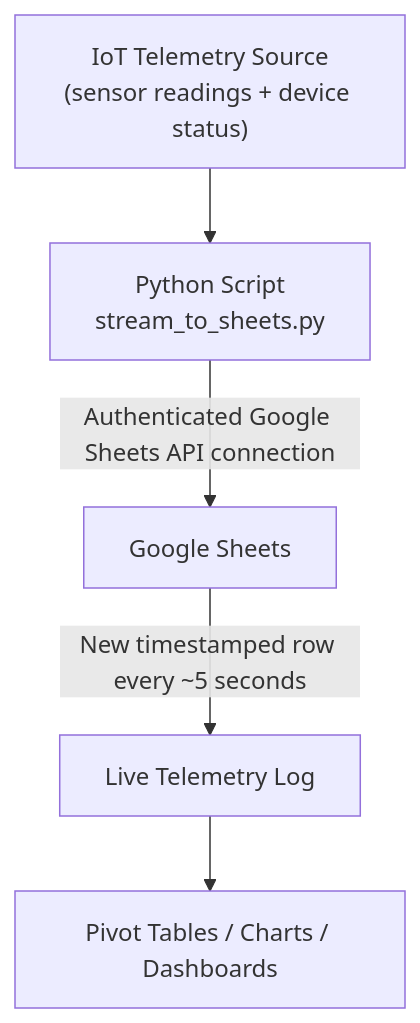
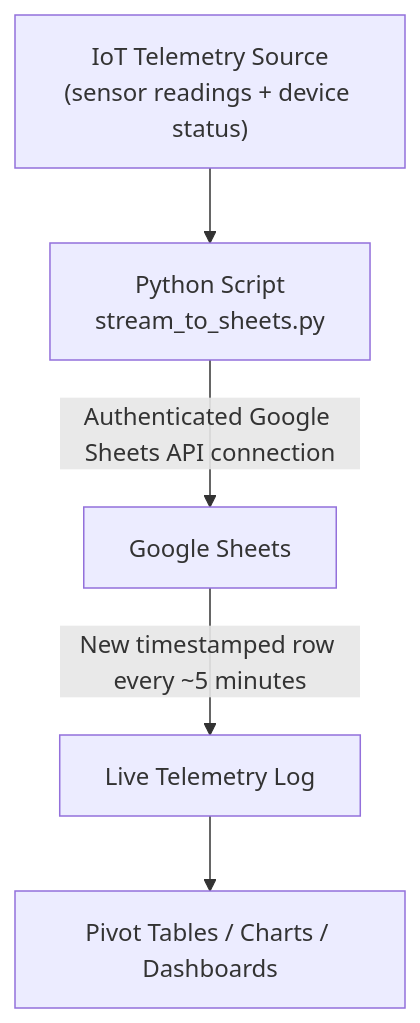
One commit to TatendaChuru/iot-google-sheets-streaming changed the diagram in README.md. Above: the diagram before and after it, drawn with Mermaid.

Commit message:
Change telemetry log update frequency to every 5 minutes
Updated the frequency of new timestamped rows in the telemetry log from approximately every 5 seconds to every 5 minutes.

````diff
--- a/README.md
+++ b/README.md
@@ -29,7 +29,7 @@
 ```mermaid
 flowchart TD
     A["IoT Telemetry Source<br/>(sensor readings + device status)"] --> B["Python Script<br/>stream_to_sheets.py"]
     B -->|"Authenticated Google Sheets API connection"| C["Google Sheets"]
-    C -->|"New timestamped row every ~5 seconds"| D["Live Telemetry Log"]
+    C -->|"New timestamped row every ~5 minutes"| D["Live Telemetry Log"]
     D --> E["Pivot Tables / Charts / Dashboards"]
 ```
````
